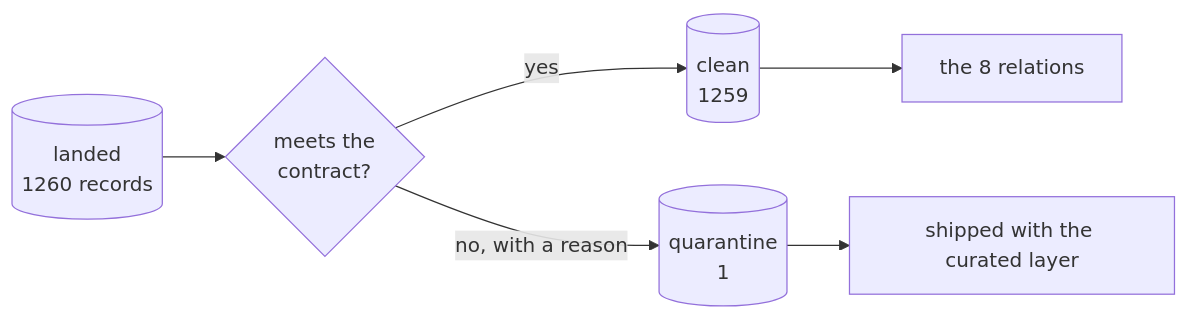
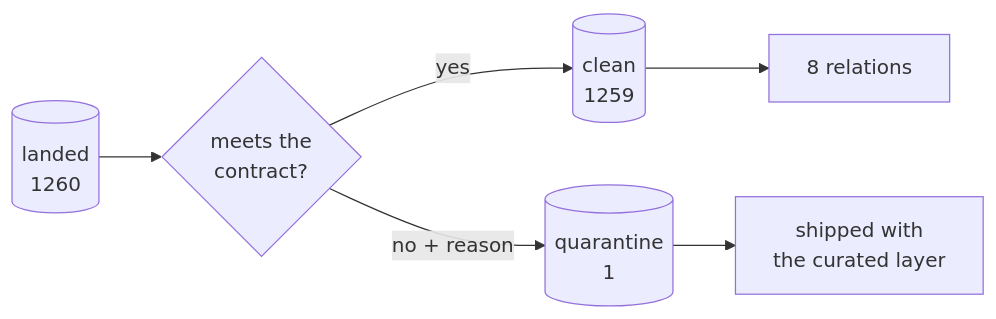
The third of 4 diagrams in docs/architecture.md (MrBisonte/flightdeck), drawn with Mermaid before and after one commit. The commit also changed other lines of this file and 7 other files, not shown here.

````diff
--- a/docs/architecture.md
+++ b/docs/architecture.md
@@ -158,8 +167,8 @@
 ```mermaid
 flowchart LR
-  landed[("landed<br/>1260 records")] --> check{"meets the<br/>contract?"}
+  landed[("landed<br/>1260")] --> check{"meets the<br/>contract?"}
   check -->|yes| clean[("clean<br/>1259")]
-  check -->|"no, with a reason"| quar[("quarantine<br/>1")]
-  clean --> rel["the 8 relations"]
-  quar --> rel2["shipped with the curated layer"]
+  check -->|"no + reason"| quar[("quarantine<br/>1")]
+  clean --> out["8 relations"]
+  quar --> out2["shipped with<br/>the curated layer"]
 ```
````
